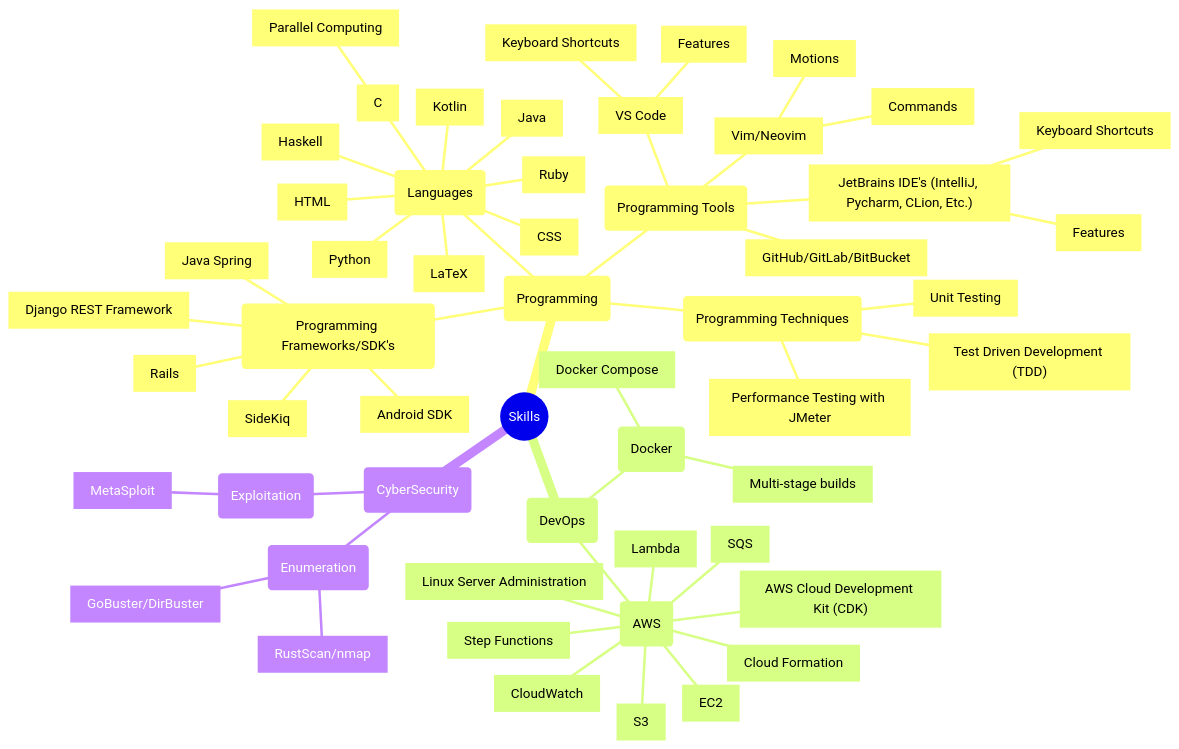
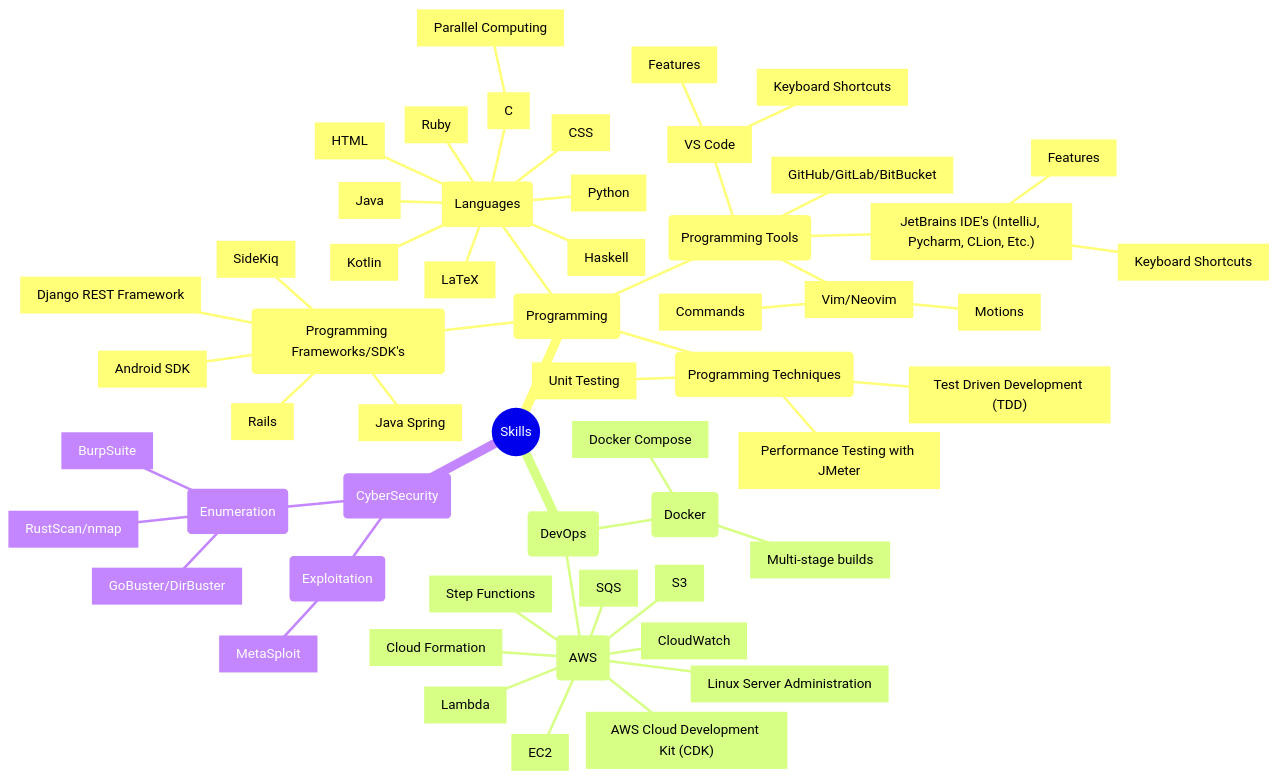
The first of 2 diagrams in README.md (Russell-Waterhouse/skill-tree), drawn with Mermaid before and after one commit.

Commit message:
Update README.md (add burpsuite)

````diff
--- a/README.md
+++ b/README.md
@@ -7,59 +7,60 @@
 ```mermaid
 mindmap
     root((Skills))
         (Programming)
             (Languages)
                 [Java]
                 [C]
                     [Parallel Computing]
                 [Python]
                 [Ruby]
                 [Haskell]
                 [HTML]
                 [Kotlin]
                 [CSS]
                 [LaTeX]
             (Programming Frameworks/SDK's)
                 [Android SDK]
                 [Rails]
                 [SideKiq]
                 [Django REST Framework]
                 [Java Spring]
             (Programming Tools)
                 [Vim/Neovim]
                     [Motions]
                     [Commands]
                 [VS Code]
                     [Features]
                     [Keyboard Shortcuts]
                 ["JetBrains IDE's (IntelliJ, Pycharm, CLion, Etc.)"]
                     [Features]
                     [Keyboard Shortcuts]
                 ["GitHub/GitLab/BitBucket"]
             (Programming Techniques)
                 ["Test Driven Development (TDD)"]
                 [Performance Testing with JMeter]
                 ["Unit Testing"]
         (DevOps)
             (Docker)
                 [Multi-stage builds]
                 [Docker Compose]
             (AWS)
                 ["AWS Cloud Development Kit (CDK)"]
                 [S3]
                 [Step Functions]
                 [Lambda]
                 [Cloud Formation]
                 [SQS]
                 [CloudWatch]
                 [EC2]
                 [Linux Server Administration]
         (CyberSecurity)
             (Enumeration)
                 ["RustScan/nmap"]
                 ["GoBuster/DirBuster"]
+                ["BurpSuite"]
             (Exploitation)
                 [MetaSploit]
 
 
 ```
````
